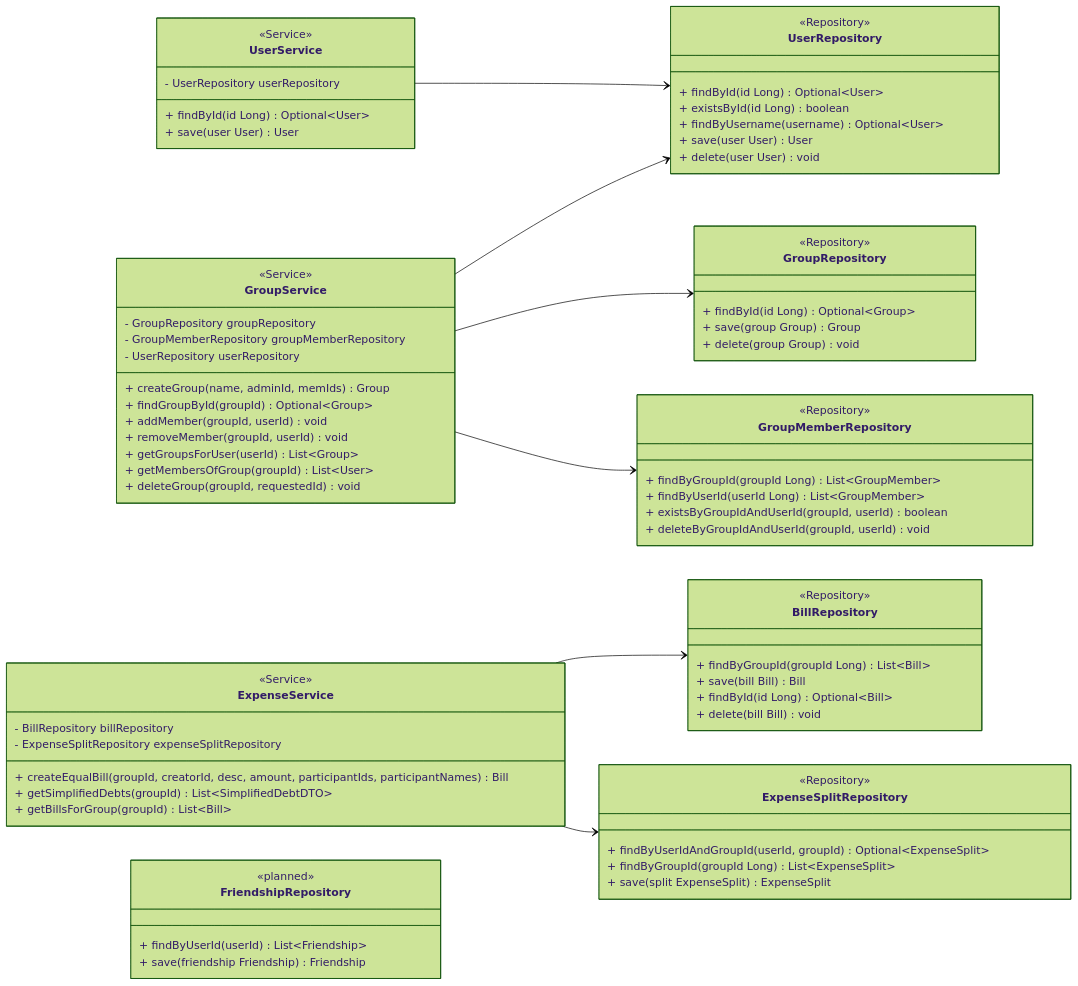
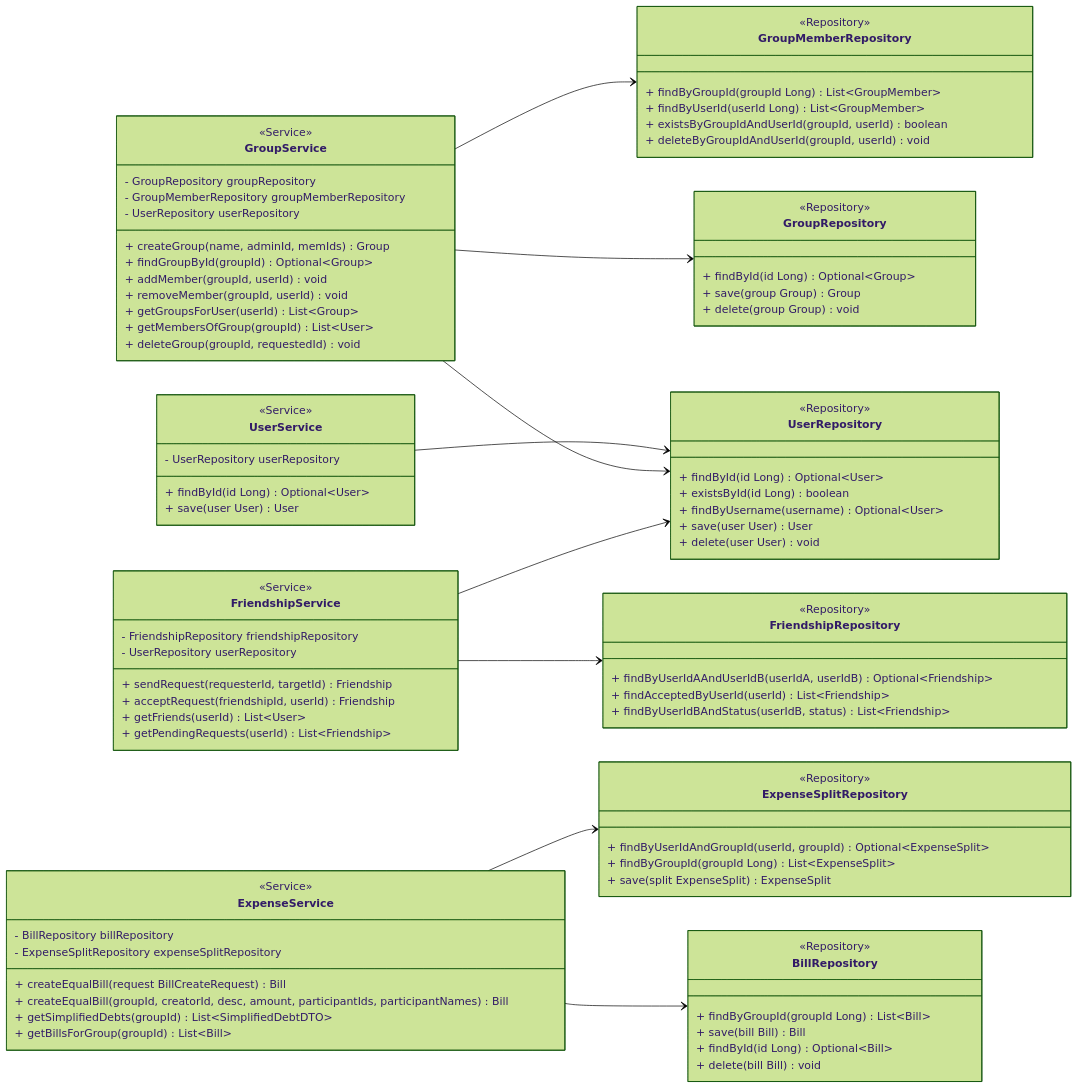
One commit to emberfox205/teilr changed the third of 5 diagrams in ClassDiagram.md. Above: the diagram before and after it, drawn with Mermaid (forest theme). The commit also changed other lines of this file and 4 other files, not shown here.

````diff
--- a/ClassDiagram.md
+++ b/ClassDiagram.md
@@ -155,6 +160,7 @@
         <<Service>>
         - BillRepository billRepository
         - ExpenseSplitRepository expenseSplitRepository
+        + createEqualBill(request BillCreateRequest) Bill
         + createEqualBill(groupId, creatorId, desc, amount, participantIds, participantNames) Bill
         + getSimplifiedDebts(groupId) List~SimplifiedDebtDTO~
         + getBillsForGroup(groupId) List~Bill~
@@ -199,10 +205,21 @@
         + save(split ExpenseSplit) ExpenseSplit
     }
 
+    class FriendshipService {
+        <<Service>>
+        - FriendshipRepository friendshipRepository
+        - UserRepository userRepository
+        + sendRequest(requesterId, targetId) Friendship
+        + acceptRequest(friendshipId, userId) Friendship
+        + getFriends(userId) List~User~
+        + getPendingRequests(userId) List~Friendship~
+    }
+
     class FriendshipRepository {
-        <<planned>>
-        + findByUserId(userId) List~Friendship~
-        + save(friendship Friendship) Friendship
+        <<Repository>>
+        + findByUserIdAAndUserIdB(userIdA, userIdB) Optional~Friendship~
+        + findAcceptedByUserId(userId) List~Friendship~
+        + findByUserIdBAndStatus(userIdB, status) List~Friendship~
     }
 
     UserService --> UserRepository
@@ -211,4 +228,6 @@
     GroupService --> UserRepository
     ExpenseService --> BillRepository
     ExpenseService --> ExpenseSplitRepository
+    FriendshipService --> FriendshipRepository
+    FriendshipService --> UserRepository
 ```
````
